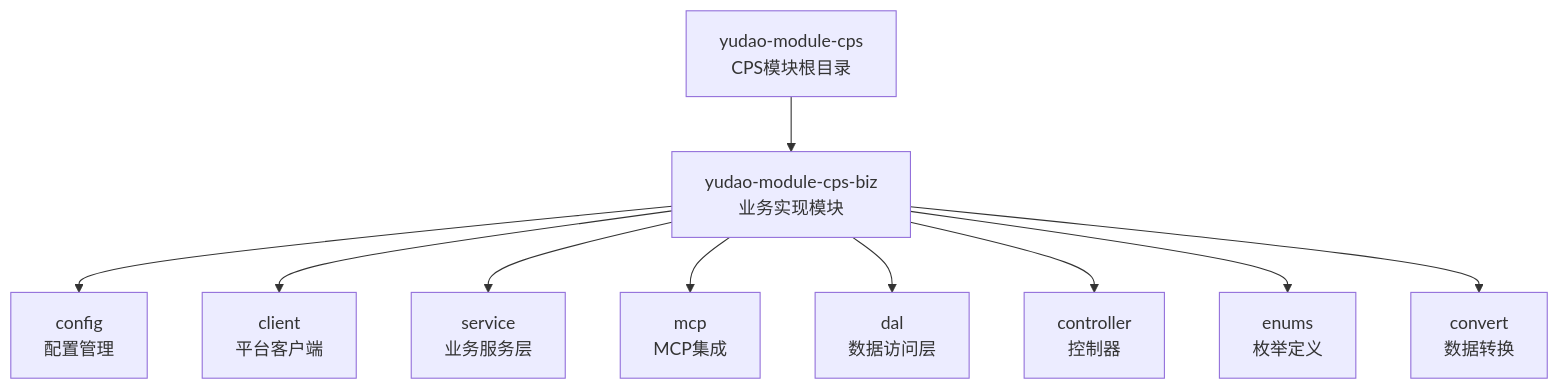
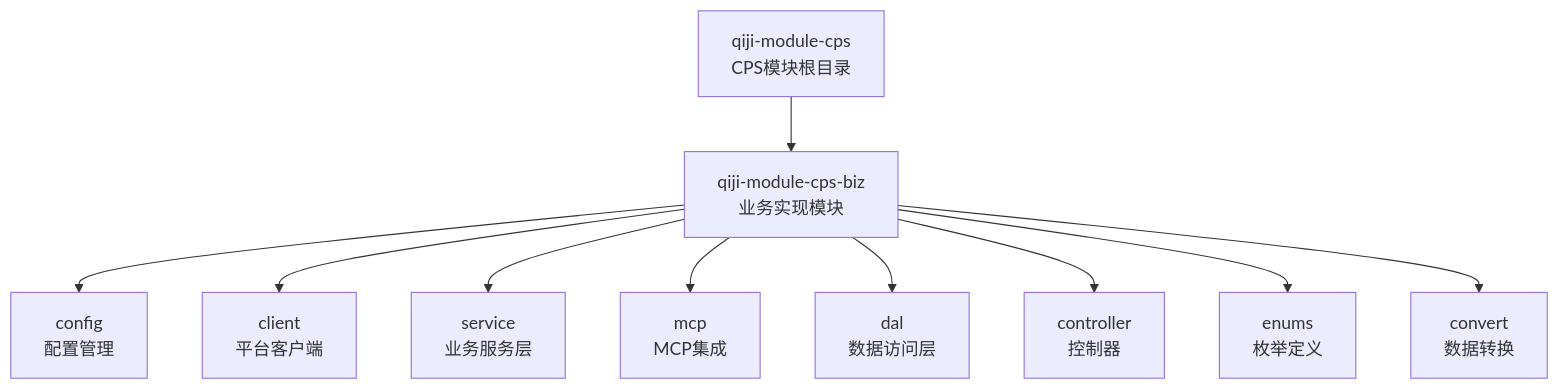
One commit to zhuangpengLI/AgenticCPS changed the second of 9 diagrams in backend/.qoder/repowiki/zh/content/核心业务模块/CPS联盟返利模块/CPS模块库依赖说明.md. Above: the diagram before and after it, drawn with Mermaid. The commit also changed other lines of this file and 3489 other files, not shown here.

````diff
--- a/backend/.qoder/repowiki/zh/content/核心业务模块/CPS联盟返利模块/CPS模块库依赖说明.md
+++ b/backend/.qoder/repowiki/zh/content/核心业务模块/CPS联盟返利模块/CPS模块库依赖说明.md
@@ -67,12 +67,12 @@
 ```mermaid
 graph TD
-A[yudao-module-cps<br/>CPS模块根目录] --> B[yudao-module-cps-biz<br/>业务实现模块]
+A[qiji-module-cps<br/>CPS模块根目录] --> B[qiji-module-cps-biz<br/>业务实现模块]
 B --> C[config<br/>配置管理]
 B --> D[client<br/>平台客户端]
 B --> E[service<br/>业务服务层]
 B --> F[mcp<br/>MCP集成]
 B --> G[dal<br/>数据访问层]
 B --> H[controller<br/>控制器]
 B --> I[enums<br/>枚举定义]
 B --> J[convert<br/>数据转换]
 ```
````
